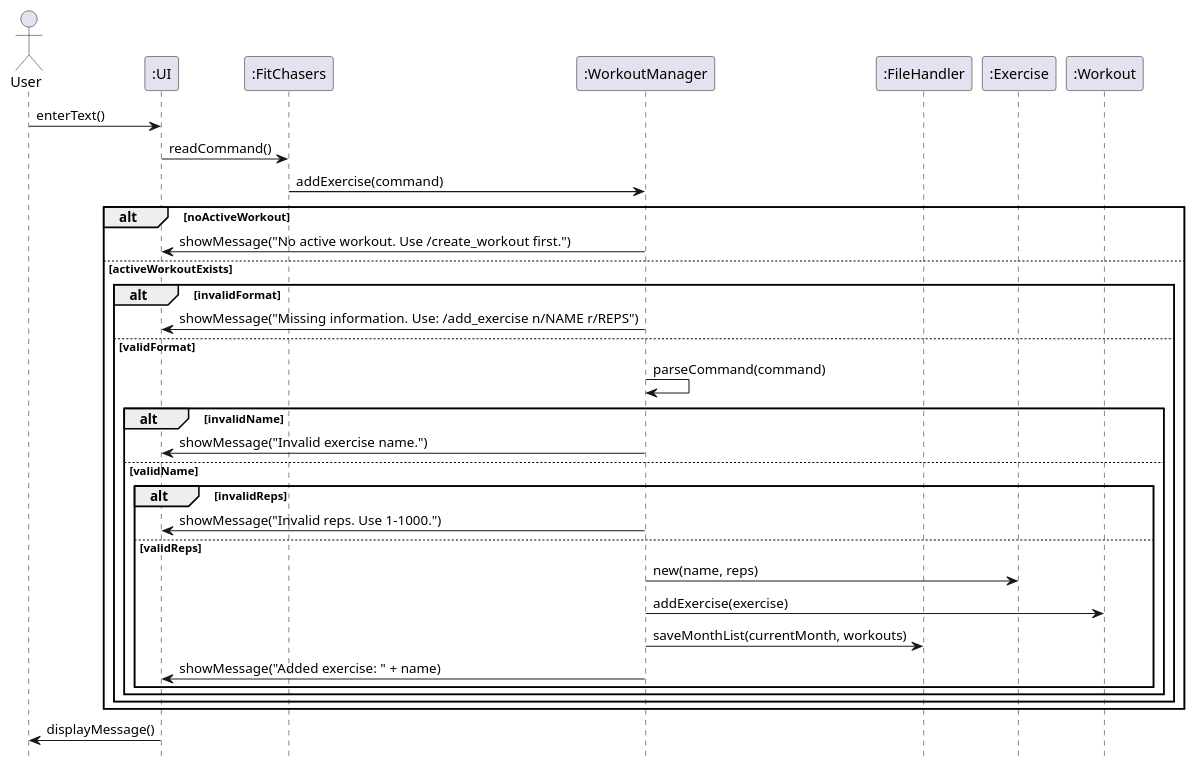
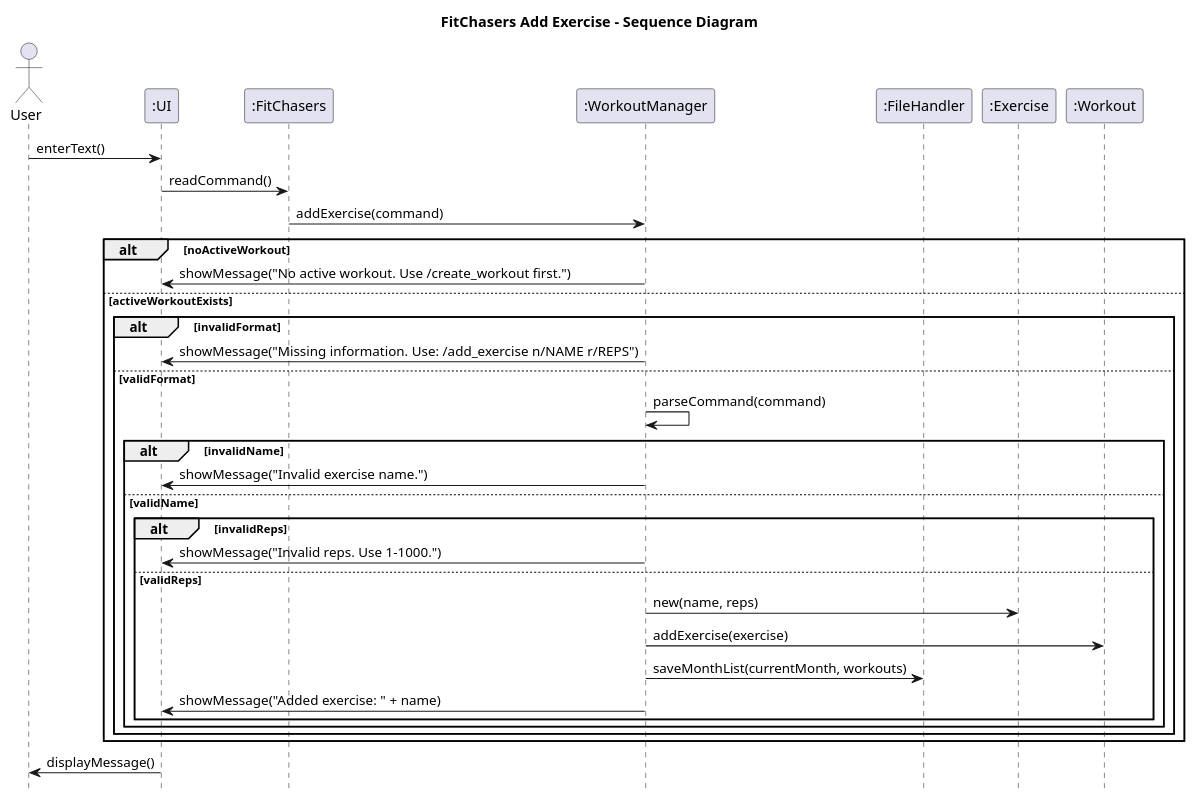
The diagram in docs/diagrams/SD_addex.puml (Exceptional-Khoi/tp), drawn with PlantUML before and after one commit. The commit also changed 13 other files, not shown here.

Commit message:
Add object diagram

```diff
--- a/docs/diagrams/SD_addex.puml
+++ b/docs/diagrams/SD_addex.puml
@@ -1,44 +1,44 @@
 @startuml
-
+title FitChasers Add Exercise - Sequence Diagram
 ' --- Styling (kept minimal & consistent) ---
 skinparam sequenceParticipantType rectangle
 skinparam shadowing false
 skinparam responseMessageBelowArrow true
 hide footbox
 
 actor    User
 participant ":UI" as UI
 participant ":FitChasers" as App
 participant ":WorkoutManager" as WM
 participant ":FileHandler" as FH
 participant ":Exercise" as E
 participant ":Workout" as W
 
 User -> UI : enterText()
 UI -> App : readCommand()
 App -> WM : addExercise(command)
 
 alt noActiveWorkout
   WM -> UI : showMessage("No active workout. Use /create_workout first.")
 else activeWorkoutExists
   alt invalidFormat
     WM -> UI : showMessage("Missing information. Use: /add_exercise n/NAME r/REPS")
   else validFormat
     WM -> WM : parseCommand(command)
     alt invalidName
       WM -> UI : showMessage("Invalid exercise name.")
     else validName
       alt invalidReps
         WM -> UI : showMessage("Invalid reps. Use 1–1000.")
       else validReps
         WM -> E : new(name, reps)
         WM -> W : addExercise(exercise)
         WM -> FH : saveMonthList(currentMonth, workouts)
         WM -> UI : showMessage("Added exercise: " + name)
       end
     end
   end
 end
 
 UI -> User : displayMessage()
 @enduml
```
